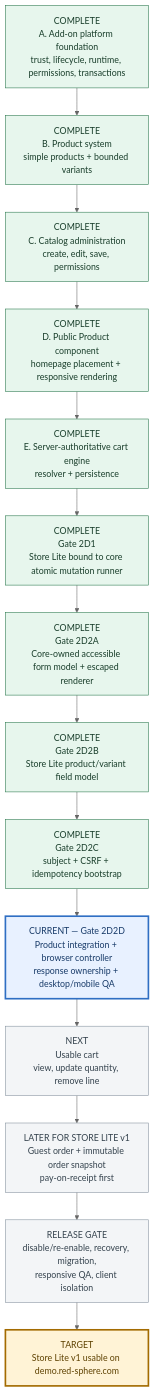
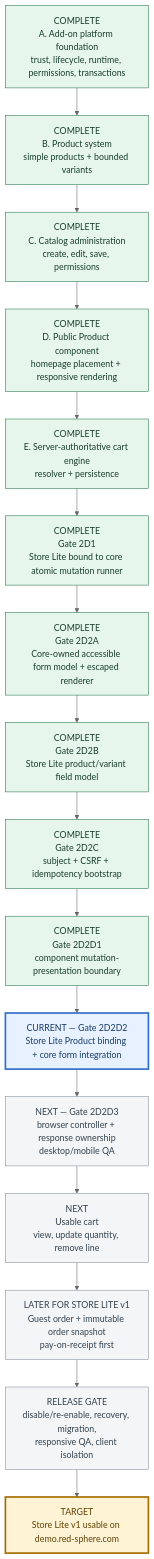
Before and after one commit to orojas01-glitch/redcms: the second of 2 diagrams in docs/ADD-ON-PLATFORM-STATUS.md, drawn with Mermaid (neutral theme). The commit also changed other lines of this file and 7 other files, not shown here.

Commit message:
Add component mutation presentation boundary

````diff
--- a/docs/ADD-ON-PLATFORM-STATUS.md
+++ b/docs/ADD-ON-PLATFORM-STATUS.md
@@ -30,28 +30,30 @@
 ```mermaid
 flowchart TD
     A["COMPLETE<br/>A. Add-on platform foundation<br/>trust, lifecycle, runtime, permissions, transactions"]
     B["COMPLETE<br/>B. Product system<br/>simple products + bounded variants"]
     C["COMPLETE<br/>C. Catalog administration<br/>create, edit, save, permissions"]
     D["COMPLETE<br/>D. Public Product component<br/>homepage placement + responsive rendering"]
     E["COMPLETE<br/>E. Server-authoritative cart engine<br/>resolver + persistence"]
     F["COMPLETE<br/>Gate 2D1<br/>Store Lite bound to core atomic mutation runner"]
     G1["COMPLETE<br/>Gate 2D2A<br/>Core-owned accessible form model + escaped renderer"]
     G2["COMPLETE<br/>Gate 2D2B<br/>Store Lite product/variant field model"]
     G3["COMPLETE<br/>Gate 2D2C<br/>subject + CSRF + idempotency bootstrap"]
-    G4["CURRENT — Gate 2D2D<br/>Product integration + browser controller<br/>response ownership + desktop/mobile QA"]
+    G4A["COMPLETE<br/>Gate 2D2D1<br/>component mutation-presentation boundary"]
+    G4B["CURRENT — Gate 2D2D2<br/>Store Lite Product binding + core form integration"]
+    G4C["NEXT — Gate 2D2D3<br/>browser controller + response ownership<br/>desktop/mobile QA"]
     H["NEXT<br/>Usable cart<br/>view, update quantity, remove line"]
     I["LATER FOR STORE LITE v1<br/>Guest order + immutable order snapshot<br/>pay-on-receipt first"]
     J["RELEASE GATE<br/>disable/re-enable, recovery, migration,<br/>responsive QA, client isolation"]
     K["TARGET<br/>Store Lite v1 usable on demo.red-sphere.com"]
 
-    A --> B --> C --> D --> E --> F --> G1 --> G2 --> G3 --> G4 --> H --> I --> J --> K
+    A --> B --> C --> D --> E --> F --> G1 --> G2 --> G3 --> G4A --> G4B --> G4C --> H --> I --> J --> K
 
     classDef complete fill:#e7f6ed,stroke:#27764a,color:#183d2a;
     classDef current fill:#e8f1ff,stroke:#2f6fc3,color:#173a68,stroke-width:3px;
     classDef remaining fill:#f3f5f7,stroke:#82909c,color:#34424d;
     classDef target fill:#fff3d6,stroke:#a36b00,color:#5e4100,stroke-width:3px;
-    class A,B,C,D,E,F,G1,G2,G3 complete;
-    class G4 current;
-    class H,I,J remaining;
+    class A,B,C,D,E,F,G1,G2,G3,G4A complete;
+    class G4B current;
+    class G4C,H,I,J remaining;
     class K target;
 ```
````
